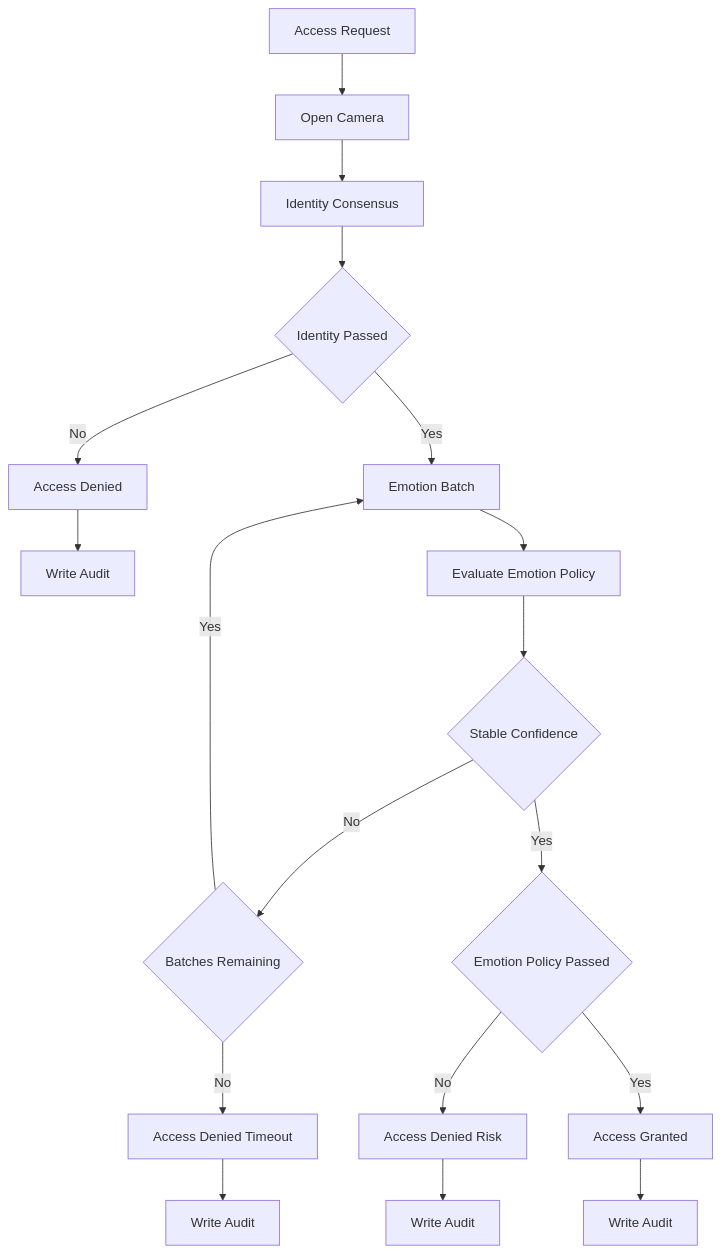
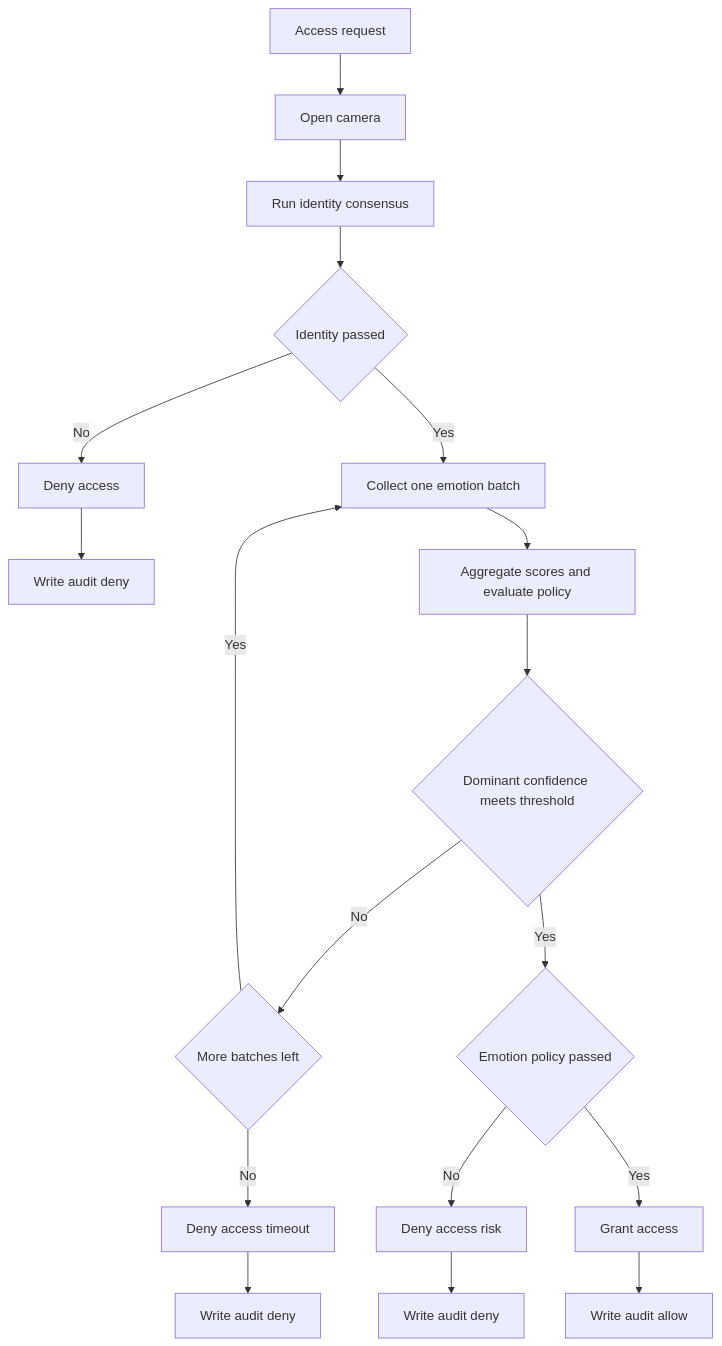
One commit to tedwhirring569/gatekeeper changed the diagram in README.md. Above: the diagram before and after it, drawn with Mermaid.

Commit message:
Fix README mermaid rendering and refresh hero scan image

````diff
--- a/README.md
+++ b/README.md
@@ -40,20 +40,22 @@
 ```mermaid
 flowchart TD
-    A[Access Request] --> B[Open Camera]
-    B --> C[Identity Consensus]
-    C --> D{Identity Passed}
-    D -- No --> E[Access Denied]
-    E --> F[Write Audit]
-    D -- Yes --> G[Emotion Batch]
-    G --> H[Evaluate Emotion Policy]
-    H --> I{Stable Confidence}
-    I -- No --> J{Batches Remaining}
-    J -- Yes --> G
-    J -- No --> K[Access Denied Timeout]
-    K --> L[Write Audit]
-    I -- Yes --> M{Emotion Policy Passed}
-    M -- No --> N[Access Denied Risk]
-    N --> O[Write Audit]
-    M -- Yes --> P[Access Granted]
-    P --> Q[Write Audit]
+    start[Access request] --> camera[Open camera]
+    camera --> identity[Run identity consensus]
+    identity --> identity_ok{Identity passed}
+    identity_ok -- No --> deny_id[Deny access]
+    deny_id --> audit_deny_id[Write audit deny]
+
+    identity_ok -- Yes --> batch[Collect one emotion batch]
+    batch --> eval[Aggregate scores and evaluate policy]
+    eval --> stable{Dominant confidence meets threshold}
+    stable -- No --> more{More batches left}
+    more -- Yes --> batch
+    more -- No --> deny_timeout[Deny access timeout]
+    deny_timeout --> audit_deny_timeout[Write audit deny]
+
+    stable -- Yes --> emotion_ok{Emotion policy passed}
+    emotion_ok -- No --> deny_emotion[Deny access risk]
+    deny_emotion --> audit_deny_emotion[Write audit deny]
+    emotion_ok -- Yes --> allow[Grant access]
+    allow --> audit_allow[Write audit allow]
 ```
````
